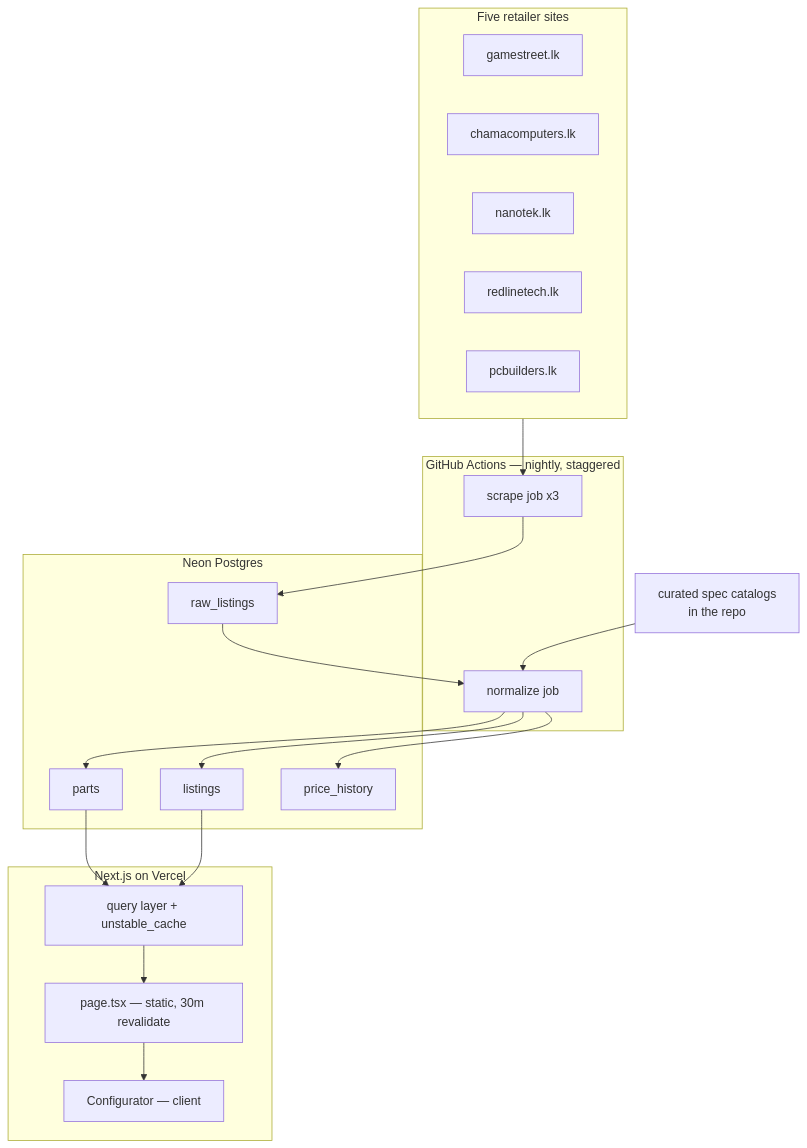
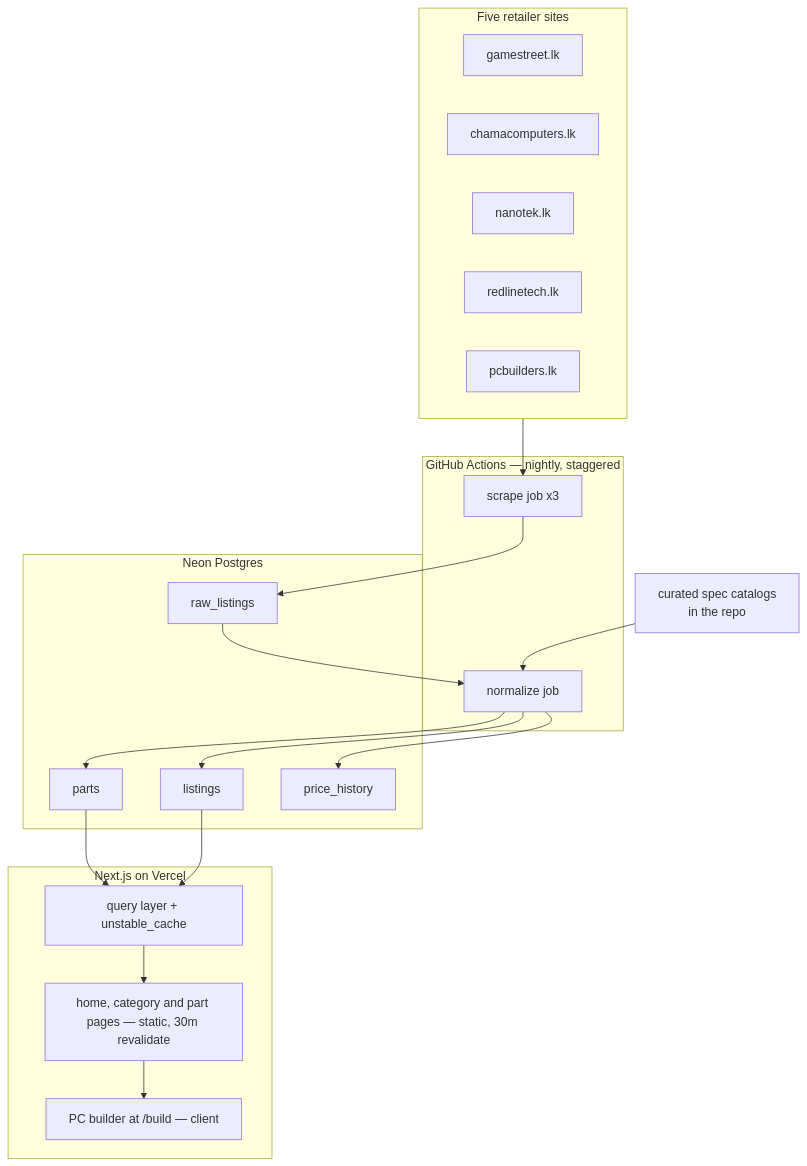
The diagram in docs/architecture.md (ShehanEk/sl-pc-part-picker), drawn with Mermaid before and after one commit. The commit also changed other lines of this file and 16 other files, not shown here.

First line of the commit message:
Make finding the cheapest shop the main job, and move the builder to /build

````diff
--- a/docs/architecture.md
+++ b/docs/architecture.md
@@ -25,40 +25,40 @@
 ```mermaid
 flowchart TB
   subgraph shops["Five retailer sites"]
     S1["gamestreet.lk"]
     S2["chamacomputers.lk"]
     S3["nanotek.lk"]
     S4["redlinetech.lk"]
     S5["pcbuilders.lk"]
   end
 
   subgraph ci["GitHub Actions — nightly, staggered"]
     SC["scrape job x3"]
     NO["normalize job"]
   end
 
   subgraph db["Neon Postgres"]
     RAW["raw_listings"]
     P["parts"]
     L["listings"]
     H["price_history"]
   end
 
   subgraph app["Next.js on Vercel"]
     Q["query layer + unstable_cache"]
-    PAGE["page.tsx — static, 30m revalidate"]
-    CFG["Configurator — client"]
+    PAGE["home, category and part pages — static, 30m revalidate"]
+    CFG["PC builder at /build — client"]
   end
 
   CAT["curated spec catalogs<br/>in the repo"]
 
   shops --> SC --> RAW
   RAW --> NO
   NO --> P
   NO --> L
   NO --> H
   CAT --> NO
   P --> Q
   L --> Q
   Q --> PAGE --> CFG
 ```
````
